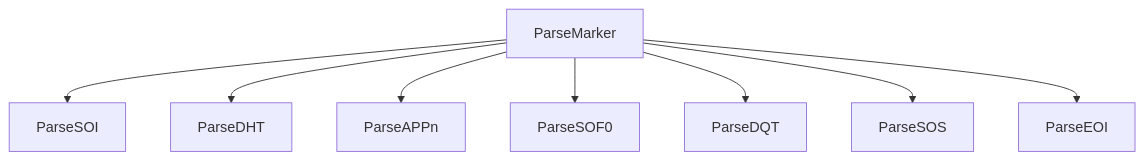
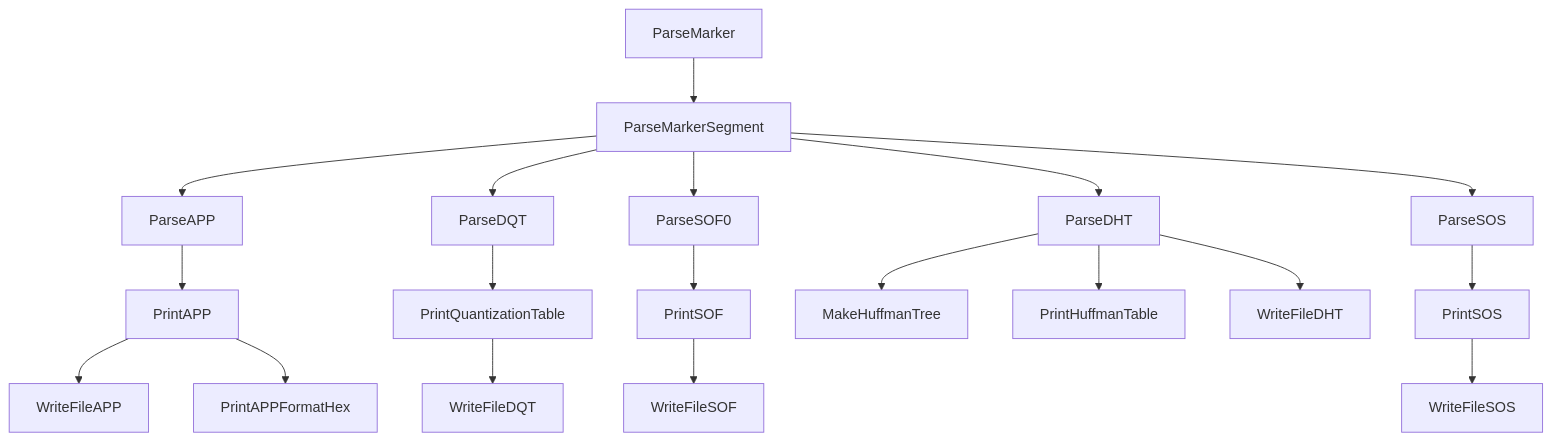
One commit to pell2401/Jpeg-Analyzer changed the sixth of 6 diagrams in docs/API Specifications.md. Above: the diagram before and after it, drawn with Mermaid. The commit also changed other lines of this file and 14 other files, not shown here.

````diff
--- a/docs/API Specifications.md
+++ b/docs/API Specifications.md
@@ -315,10 +488,26 @@
 ```mermaid
 graph TD
-ParseMarker --> ParseSOI
-ParseMarker --> ParseDHT
-ParseMarker --> ParseAPPn
-ParseMarker --> ParseSOF0
-ParseMarker --> ParseDQT
-ParseMarker --> ParseSOS
-ParseMarker --> ParseEOI
+ParseMarker --> ParseMarkerSegment
+ParseMarkerSegment --> ParseAPP
+ParseMarkerSegment --> ParseDQT
+ParseMarkerSegment --> ParseSOF0
+ParseMarkerSegment --> ParseDHT
+ParseMarkerSegment --> ParseSOS
+
+ParseDQT --> PrintQuantizationTable
+PrintQuantizationTable --> WriteFileDQT
+
+ParseAPP --> PrintAPP
+PrintAPP --> WriteFileAPP
+PrintAPP --> PrintAPPFormatHex
+
+ParseSOF0 --> PrintSOF
+PrintSOF --> WriteFileSOF
+
+ParseDHT --> MakeHuffmanTree
+ParseDHT --> PrintHuffmanTable
+ParseDHT --> WriteFileDHT
+
+ParseSOS --> PrintSOS
+PrintSOS --> WriteFileSOS
 ```
````
